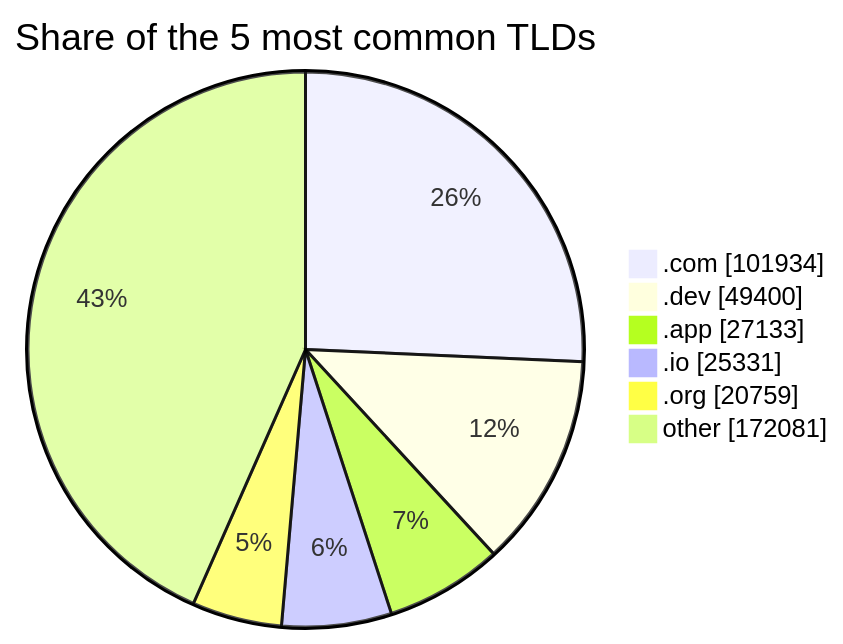
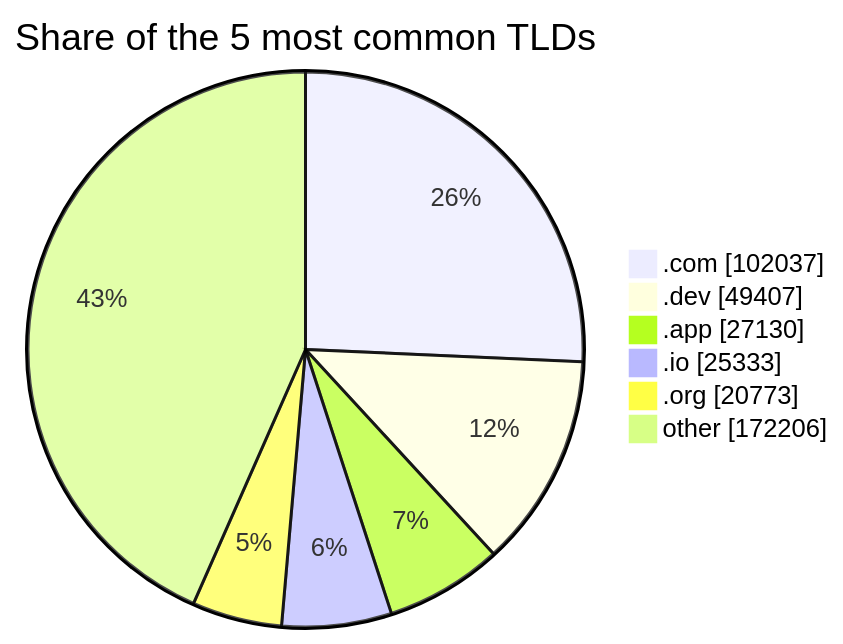
One commit to DNSBunker/CTI changed the third of 3 diagrams in README.md. Above: the diagram before and after it, drawn with Mermaid. The commit also changed other lines of this file and 3 other files, not shown here.

````diff
--- a/README.md
+++ b/README.md
@@ -81,9 +81,9 @@
 ```mermaid
 pie showData title Share of the 5 most common TLDs
-    ".com" : 101934
-    ".dev" : 49400
-    ".app" : 27133
-    ".io" : 25331
-    ".org" : 20759
-    "other" : 172081
+    ".com" : 102037
+    ".dev" : 49407
+    ".app" : 27130
+    ".io" : 25333
+    ".org" : 20773
+    "other" : 172206
 ```
````
